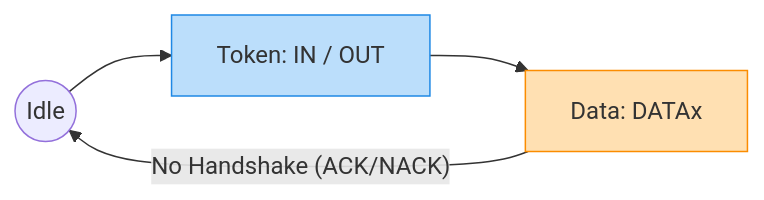
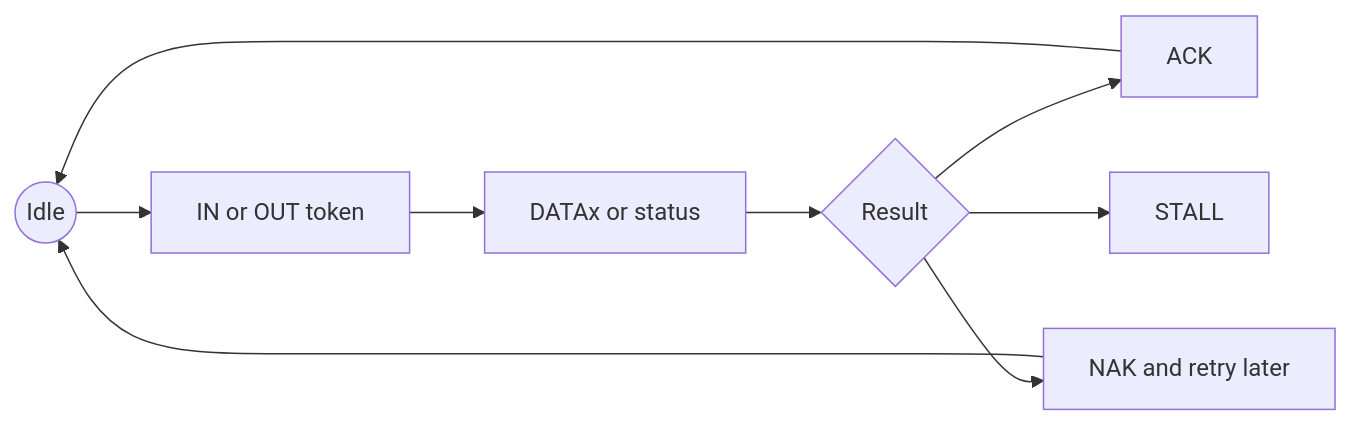
Before and after one commit to ipworkshop/ipworkshop.github.io: diagram 11 of 18 in docs/embedded/IPW2026/Day6/9.USB/index.md, drawn with Mermaid. The commit also changed other lines of this file, not shown here.

````diff
--- a/docs/embedded/IPW2026/Day6/9.USB/index.md
+++ b/docs/embedded/IPW2026/Day6/9.USB/index.md
@@ -232,14 +654,11 @@
 ```mermaid
 graph LR
-    %% Isochronous Transfer
-    Idle((Idle)) --> Token[Token: IN / OUT]
-    Token --> Data[Data: DATAx]
-    
-    Data -- "No Handshake (ACK/NACK)" --> Idle
-
-    classDef token fill:#bbdefb,stroke:#1e88e5;
-    classDef data fill:#ffe0b2,stroke:#fb8c00;
-    
-    class Token token;
-    class Data data;
-  ```
+    Idle((Idle)) --> Token[IN or OUT token]
+    Token --> Data[DATAx or status]
+    Data --> Result{Result}
+    Result --> ACK[ACK]
+    Result --> NAK[NAK and retry later]
+    Result --> STALL[STALL]
+    ACK --> Idle
+    NAK --> Idle
+```
````
